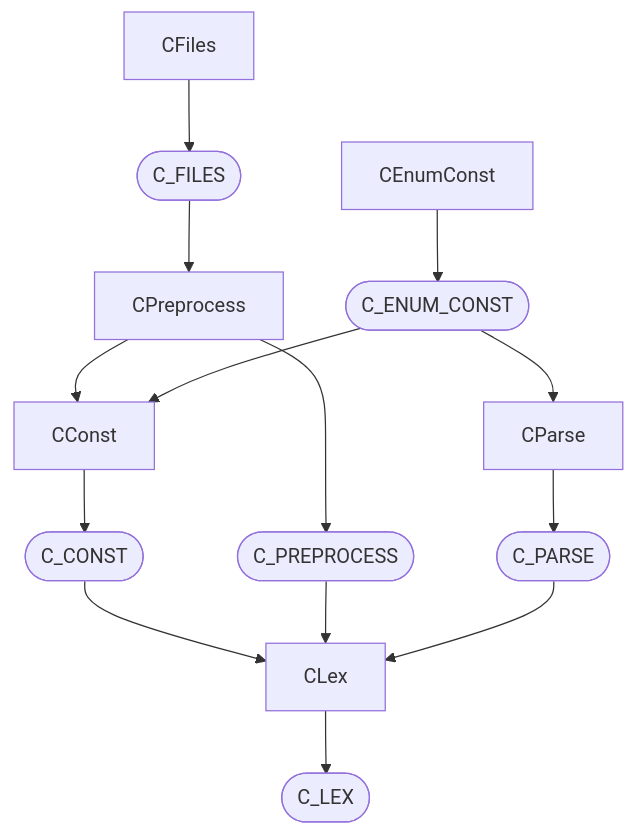
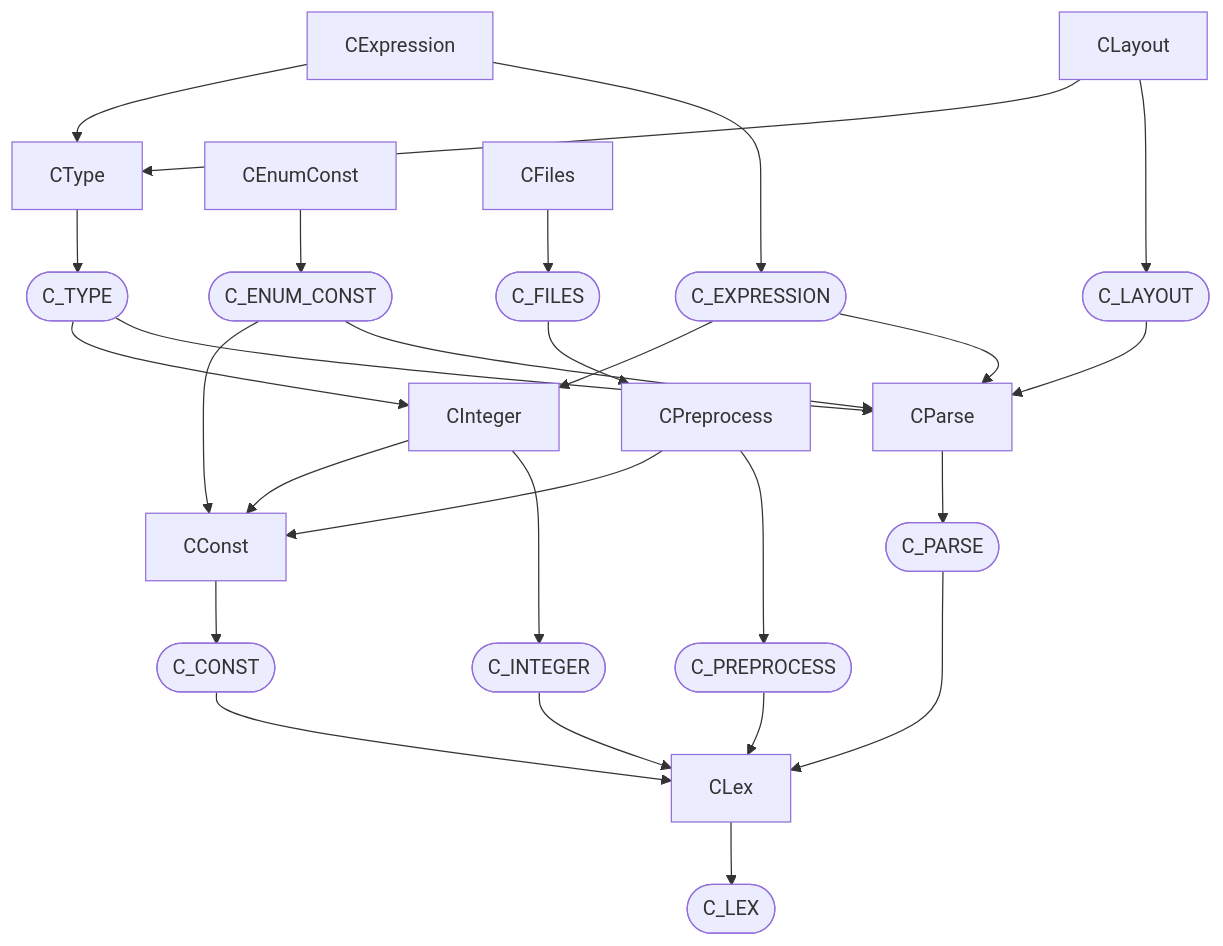
The second of 2 diagrams in docs/lib/language/c/depends.md (ruudkoot/rune), drawn with Mermaid before and after one commit. The commit also changed other lines of this file and 53 other files, not shown here.

````diff
--- a/docs/lib/language/c/depends.md
+++ b/docs/lib/language/c/depends.md
@@ -31,28 +31,49 @@
 ```mermaid
 flowchart TD
   n0(["C_LEX"])
   n1["CLex"]
   n2(["C_CONST"])
   n3["CConst"]
-  n4(["C_PREPROCESS"])
-  n5["CPreprocess"]
-  n6(["C_PARSE"])
-  n7["CParse"]
-  n8(["C_ENUM_CONST"])
-  n9["CEnumConst"]
-  n10(["C_FILES"])
-  n11["CFiles"]
+  n4(["C_INTEGER"])
+  n5["CInteger"]
+  n6(["C_PREPROCESS"])
+  n7["CPreprocess"]
+  n8(["C_PARSE"])
+  n9["CParse"]
+  n10(["C_TYPE"])
+  n11["CType"]
+  n12(["C_EXPRESSION"])
+  n13["CExpression"]
+  n14(["C_ENUM_CONST"])
+  n15["CEnumConst"]
+  n16(["C_LAYOUT"])
+  n17["CLayout"]
+  n18(["C_FILES"])
+  n19["CFiles"]
   n1 --> n0
   n2 --> n1
   n3 --> n2
   n4 --> n1
   n5 --> n3
   n5 --> n4
   n6 --> n1
+  n7 --> n3
   n7 --> n6
-  n8 --> n3
-  n8 --> n7
+  n8 --> n1
   n9 --> n8
   n10 --> n5
+  n10 --> n9
   n11 --> n10
+  n12 --> n5
+  n12 --> n9
+  n13 --> n11
+  n13 --> n12
+  n14 --> n3
+  n14 --> n9
+  n15 --> n14
+  n16 --> n9
+  n17 --> n11
+  n17 --> n16
+  n18 --> n7
+  n19 --> n18
 ```
````
